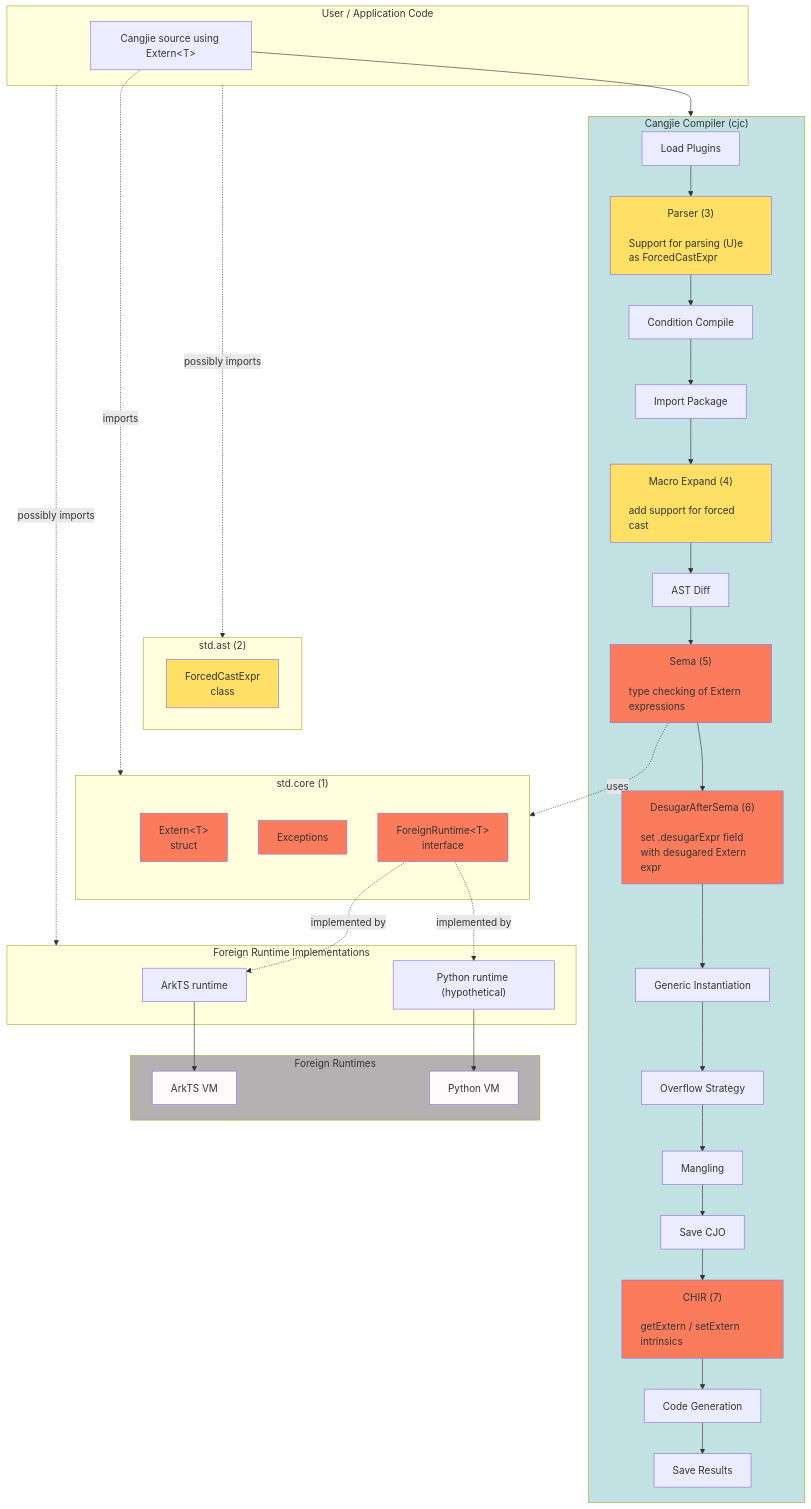
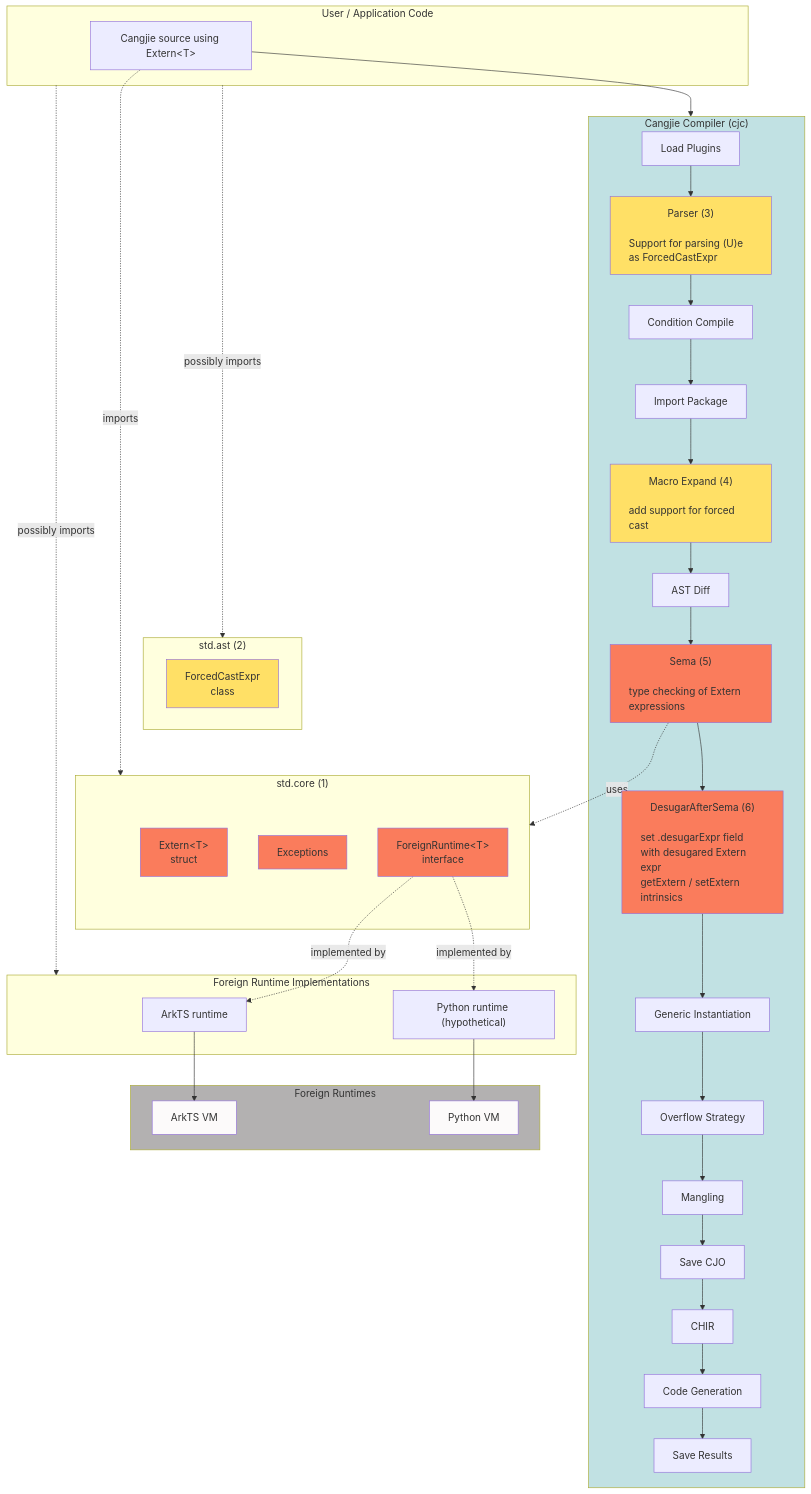
One commit to CJPLUK/cangjie_extern changed the diagram in docs/extern_architecture_simple_model.md. Above: the diagram before and after it, drawn with Mermaid. The commit also changed other lines of this file, not shown here.

Commit message:
getExtern and setExtern desugared after sema

````diff
--- a/docs/extern_architecture_simple_model.md
+++ b/docs/extern_architecture_simple_model.md
@@ -75,72 +75,71 @@
 ```mermaid
 flowchart TB
     subgraph UserCode["User / Application Code"]
         UC["Cangjie source using Extern&lt;T&gt;"]
     end
 
     subgraph Compiler["Cangjie Compiler (cjc)"]
         LoadPlugin["Load Plugins"]
         Parser["Parser (3)<br/><br/><p style='text-align:left'>Support for parsing (U)e as ForcedCastExpr</p>"]
         ConditionCompile["Condition Compile"]
         ImportPackage["Import Package"]
         MacroExpand["Macro Expand (4)<br/><br/><p style='text-align:left'>add support for forced cast</p>"]
         ASTDiff["AST Diff"]
         Sema["Sema (5)<br/><br/><p style='text-align:left'>type checking of Extern expressions</p>"]
-        DesugarAfterSema["DesugarAfterSema (6)<br/><br/><p style='text-align:left'>set .desugarExpr field with desugared Extern expr</p>"]
+        DesugarAfterSema["DesugarAfterSema (6)<br/><br/><p style='text-align:left'>set .desugarExpr field with desugared Extern expr<br/>getExtern / setExtern intrinsics</p>"]
         GenericInstantiation["Generic Instantiation"]
         OverflowStrategy["Overflow Strategy"]
         Mangling["Mangling"]
         SaveCJO["Save CJO"]
-        CHIR["CHIR (7)<br/><br/><p style='text-align:left'>getExtern / setExtern intrinsics</p>"]
+        CHIR["CHIR"]
         CodeGen["Code Generation"]
         SaveResults["Save Results"]
         style Parser fill:#ffe066
         style MacroExpand fill:#ffe066
         style DesugarAfterSema fill:#fa7c5c
-        style CHIR fill:#fa7c5c
         style Sema fill:#fa7c5c
     end
 
     subgraph StdAST["std.ast (2)"]
         ForcedCastExpr["ForcedCastExpr<br/>class"]
         style ForcedCastExpr fill:#ffe066
     end
 
     subgraph StdCore["std.core (1)"]
         ExternType["Extern&lt;T&gt;<br/>struct"]
         Exc["Exceptions"]
         FRT["ForeignRuntime&lt;T&gt;<br/>interface"]
         style ExternType fill:#fa7c5c
         style Exc fill:#fa7c5c
         style FRT fill:#fa7c5c
     end
 
     subgraph RuntimeImpl["Foreign&nbsp;Runtime&nbsp;Implementations"]
         ArkTS["ArkTS runtime"]
         Python["Python runtime (hypothetical)"]
     end
 
     subgraph ForeignVM["Foreign Runtimes"]
         ArkVM["ArkTS VM"]
         PyVM["Python VM"]
         style ArkVM fill: #fcfafa
         style PyVM fill: #fcfafa
     end
 
     UserCode -.-> |"possibly imports"| StdAST
     StdAST ~~~ StdCore
     UC --> Compiler
     LoadPlugin --> Parser --> ConditionCompile --> ImportPackage --> MacroExpand
     MacroExpand --> ASTDiff --> Sema --> DesugarAfterSema --> GenericInstantiation
     GenericInstantiation --> OverflowStrategy --> Mangling --> SaveCJO
     SaveCJO --> CHIR --> CodeGen --> SaveResults
     Sema -.->|"uses"| StdCore
     UC -.-> |"imports"| StdCore
     ArkTS --> ArkVM
     Python --> PyVM
     FRT -.->|"implemented by"| ArkTS
     FRT -.->|"implemented by"| Python
     UserCode -.-> |"possibly imports"| RuntimeImpl
     style ForeignVM fill:#b3b1b1
     style Compiler fill:#c1e1e3
 ```
````
